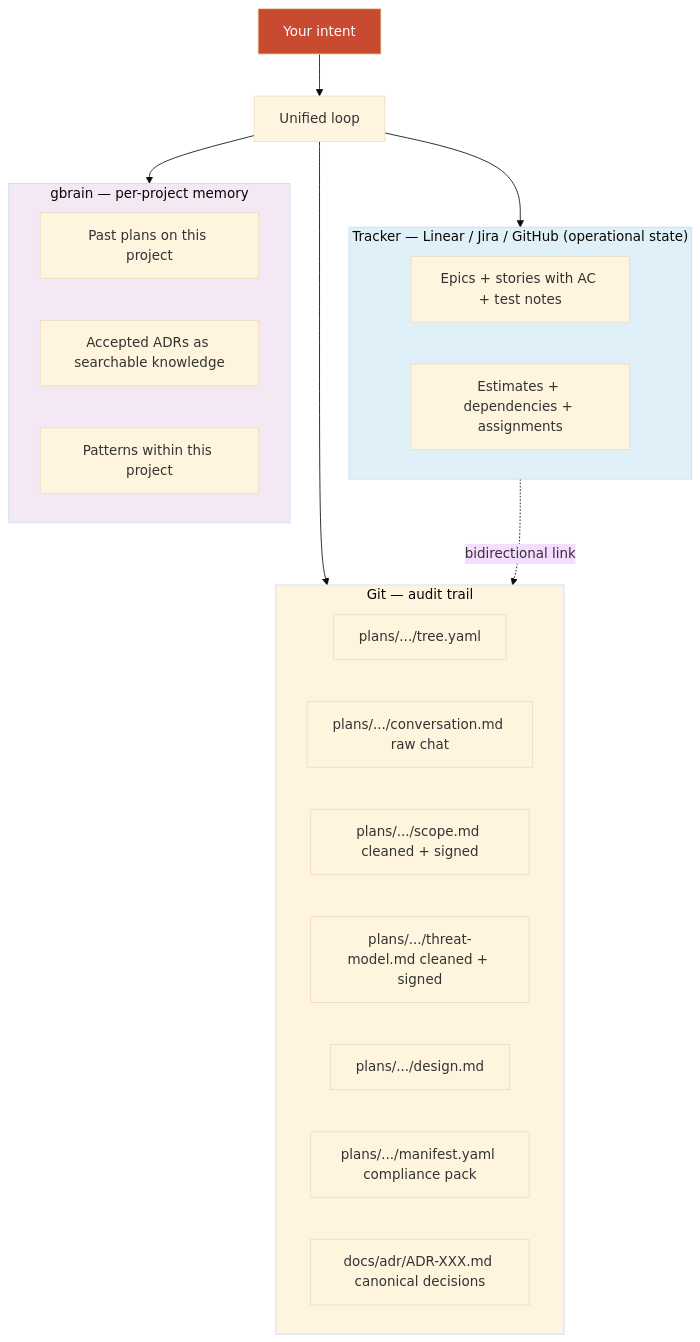
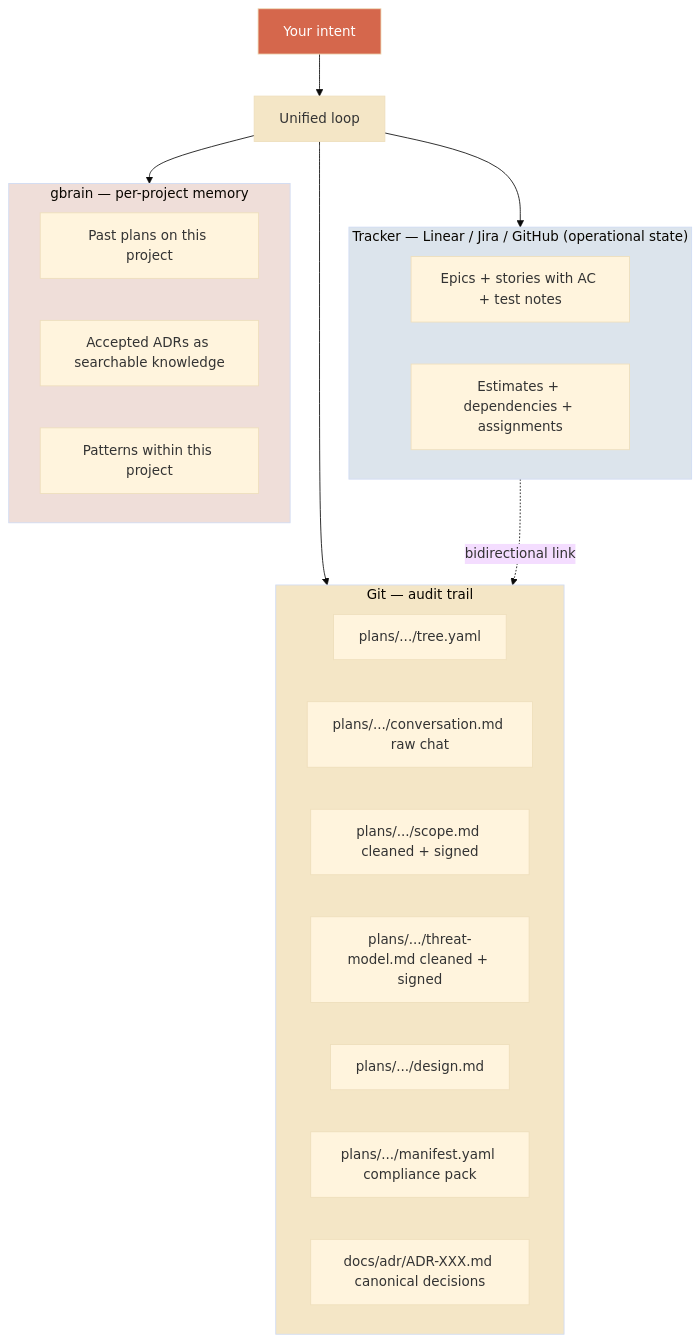
One commit to nlawstudio/ai-refinement-method changed the fourth of 4 diagrams in TUTORIAL.md. Above: the diagram before and after it, drawn with Mermaid (base theme). The commit also changed other lines of this file and 1 other file, not shown here.

````diff
--- a/TUTORIAL.md
+++ b/TUTORIAL.md
@@ -779,36 +791,36 @@
 ```mermaid
 flowchart TB
     subgraph Tracker["Tracker — Linear / Jira / GitHub (operational state)"]
         L1[Epics + stories with AC + test notes]
         L2[Estimates + dependencies + assignments]
     end
 
     subgraph Git["Git — audit trail"]
         G1[plans/.../tree.yaml]
         G2[plans/.../conversation.md raw chat]
         G3[plans/.../scope.md cleaned + signed]
         G4[plans/.../threat-model.md cleaned + signed]
         G5[plans/.../design.md]
         G6[plans/.../manifest.yaml compliance pack]
         G7[docs/adr/ADR-XXX.md canonical decisions]
     end
 
     subgraph gbrain["gbrain — per-project memory"]
         GB1[Past plans on this project]
         GB2[Accepted ADRs as searchable knowledge]
         GB3[Patterns within this project]
     end
 
     Intent[Your intent] --> Loop[Unified loop]
     Loop --> Tracker
     Loop --> Git
     Loop --> gbrain
 
     Tracker -.bidirectional link.-> Git
 
-    style Intent fill:#C84B31,color:#fff
-    style Loop fill:#fff4e0
-    style Tracker fill:#e0f0f8
-    style Git fill:#fff4e0
-    style gbrain fill:#f4e8f4
+    style Intent fill:#D5674C,color:#fff
+    style Loop fill:#F4E6C6
+    style Tracker fill:#DCE4EC
+    style Git fill:#F4E6C6
+    style gbrain fill:#EFDED9
 ```
````
